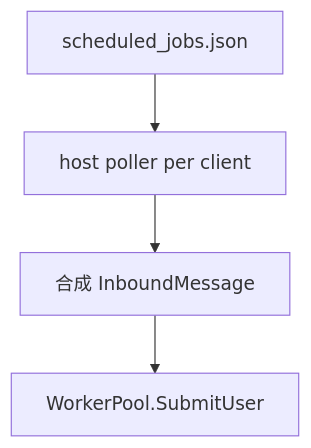
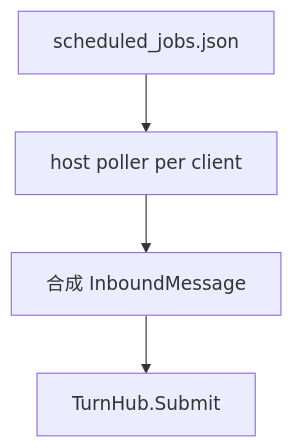
The fifth of 5 diagrams in docs/runtime-flow.md (lengzhao/oneclaw), drawn with Mermaid before and after one commit. The commit also changed other lines of this file and 83 other files, not shown here.

````diff
--- a/docs/runtime-flow.md
+++ b/docs/runtime-flow.md
@@ -131,6 +131,6 @@
 ```mermaid
 flowchart TB
   JSON[scheduled_jobs.json] --> poller[host poller per client]
   poller --> syn[合成 InboundMessage]
-  syn --> WP[WorkerPool.SubmitUser]
+  syn --> WP[TurnHub.Submit]
 ```
````
